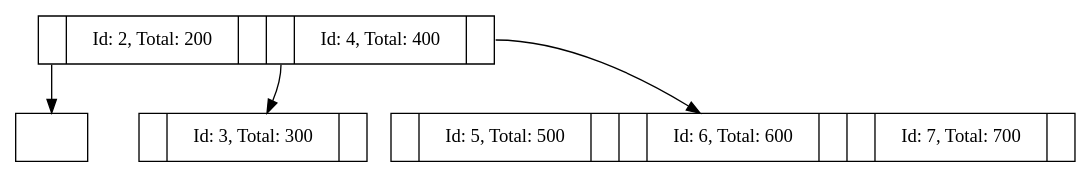
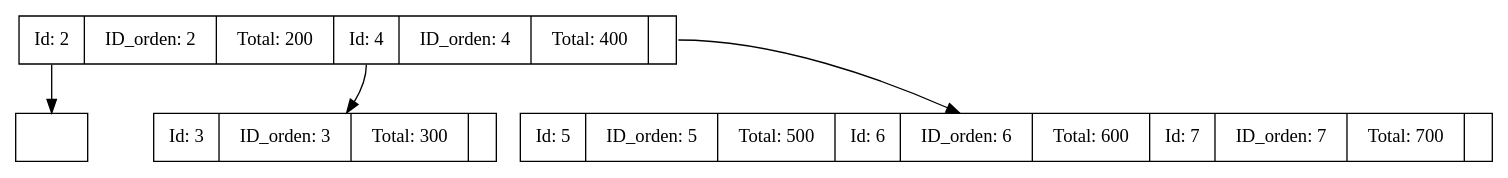
Before and after one commit to Farot30/-EDD-1S2025_202307820: the diagram in Fase#2/Reportes/arbol2.dot, drawn with Graphviz. The commit also changed 21 other files, not shown here.

```diff
--- a/Fase#2/Reportes/arbol2.dot
+++ b/Fase#2/Reportes/arbol2.dot
@@ -1,10 +1,10 @@
 digraph BTree {
     node [shape=record];
-node0 [label="<f0> |Id: 2, Total: 200||<f1> |Id: 4, Total: 400|<f2>"];
+node0 [label="<f0> Id: 2|ID_orden: 2|Total: 200|<f1> Id: 4|ID_orden: 4|Total: 400|<f2>"];
 node1 [label=""];
     node0:f0 -> node1;
-node2 [label="<f0> |Id: 3, Total: 300|<f1>"];
+node2 [label="<f0> Id: 3|ID_orden: 3|Total: 300|<f1>"];
     node0:f1 -> node2;
-node3 [label="<f0> |Id: 5, Total: 500||<f1> |Id: 6, Total: 600||<f2> |Id: 7, Total: 700|<f3>"];
+node3 [label="<f0> Id: 5|ID_orden: 5|Total: 500|<f1> Id: 6|ID_orden: 6|Total: 600|<f2> Id: 7|ID_orden: 7|Total: 700|<f3>"];
     node0:f2 -> node3;
 }
```
